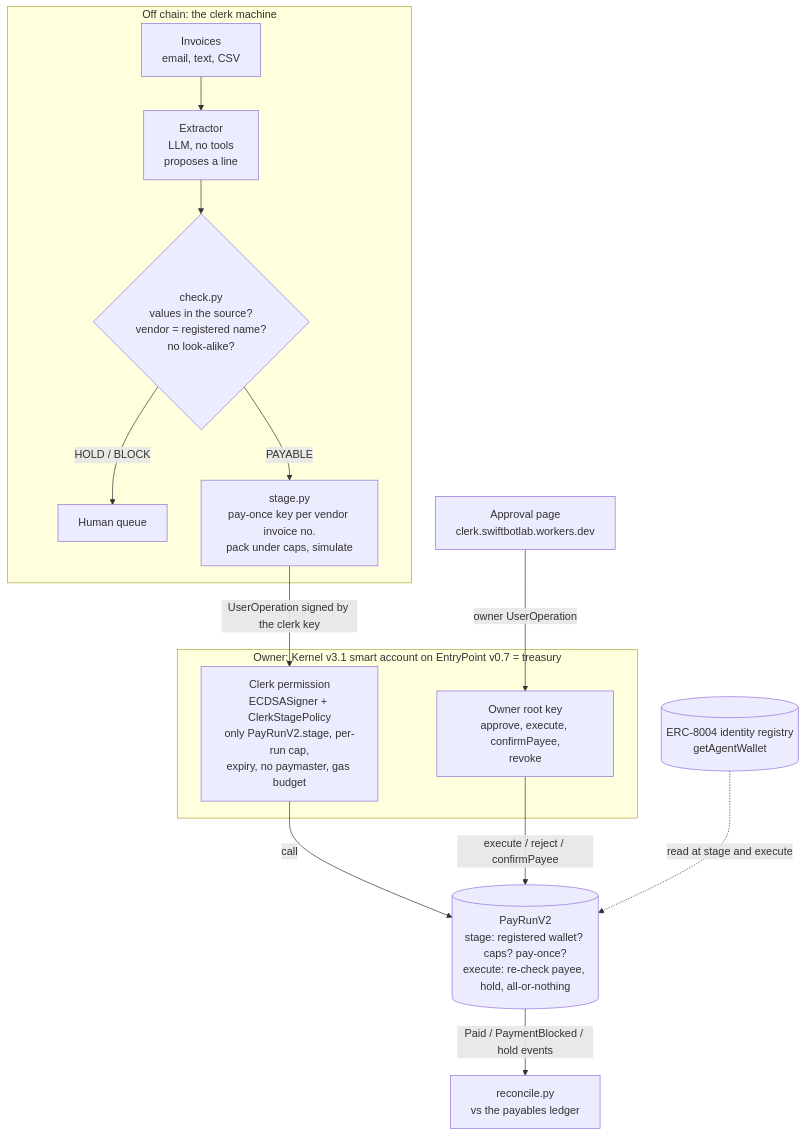
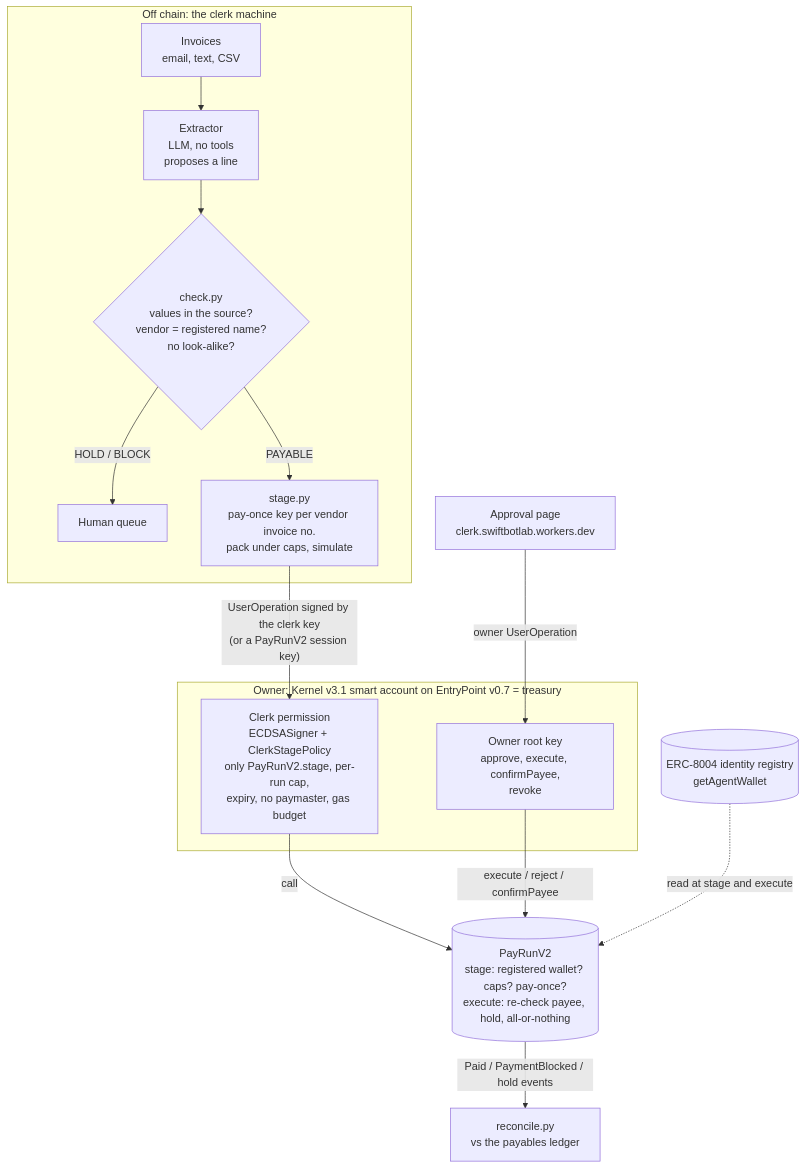
One commit to swiftbotlabs/clerk changed the diagram in ARCHITECTURE.md. Above: the diagram before and after it, drawn with Mermaid. The commit also changed other lines of this file and 1 other file, not shown here.

Commit message:
ARCHITECTURE/eval report: name both clerk-key paths (Kernel permission on testnet, PayRunV2 session in stage.py and the eval)

````diff
--- a/ARCHITECTURE.md
+++ b/ARCHITECTURE.md
@@ -8,19 +8,19 @@
 ```mermaid
 flowchart TB
   subgraph offchain[Off chain: the clerk machine]
     I[Invoices<br/>email, text, CSV] --> X[Extractor<br/>LLM, no tools<br/>proposes a line]
     X --> C{check.py<br/>values in the source?<br/>vendor = registered name?<br/>no look-alike?}
     C -- HOLD / BLOCK --> Q[Human queue]
     C -- PAYABLE --> S[stage.py<br/>pay-once key per vendor invoice no.<br/>pack under caps, simulate]
   end
   subgraph account[Owner: Kernel v3.1 smart account on EntryPoint v0.7 = treasury]
     P[Clerk permission<br/>ECDSASigner + ClerkStagePolicy<br/>only PayRunV2.stage, per-run cap,<br/>expiry, no paymaster, gas budget]
     O[Owner root key<br/>approve, execute, confirmPayee,<br/>revoke]
   end
-  S -- UserOperation signed by the clerk key --> P
+  S -- UserOperation signed by the clerk key<br/>(or a PayRunV2 session key) --> P
   P -- call --> V[(PayRunV2<br/>stage: registered wallet? caps? pay-once?<br/>execute: re-check payee, hold, all-or-nothing)]
   R[(ERC-8004 identity registry<br/>getAgentWallet)] -. read at stage and execute .-> V
   W[Approval page<br/>clerk.swiftbotlab.workers.dev] -- owner UserOperation --> O
   O -- execute / reject / confirmPayee --> V
   V -- Paid / PaymentBlocked / hold events --> K[reconcile.py<br/>vs the payables ledger]
 ```
````
